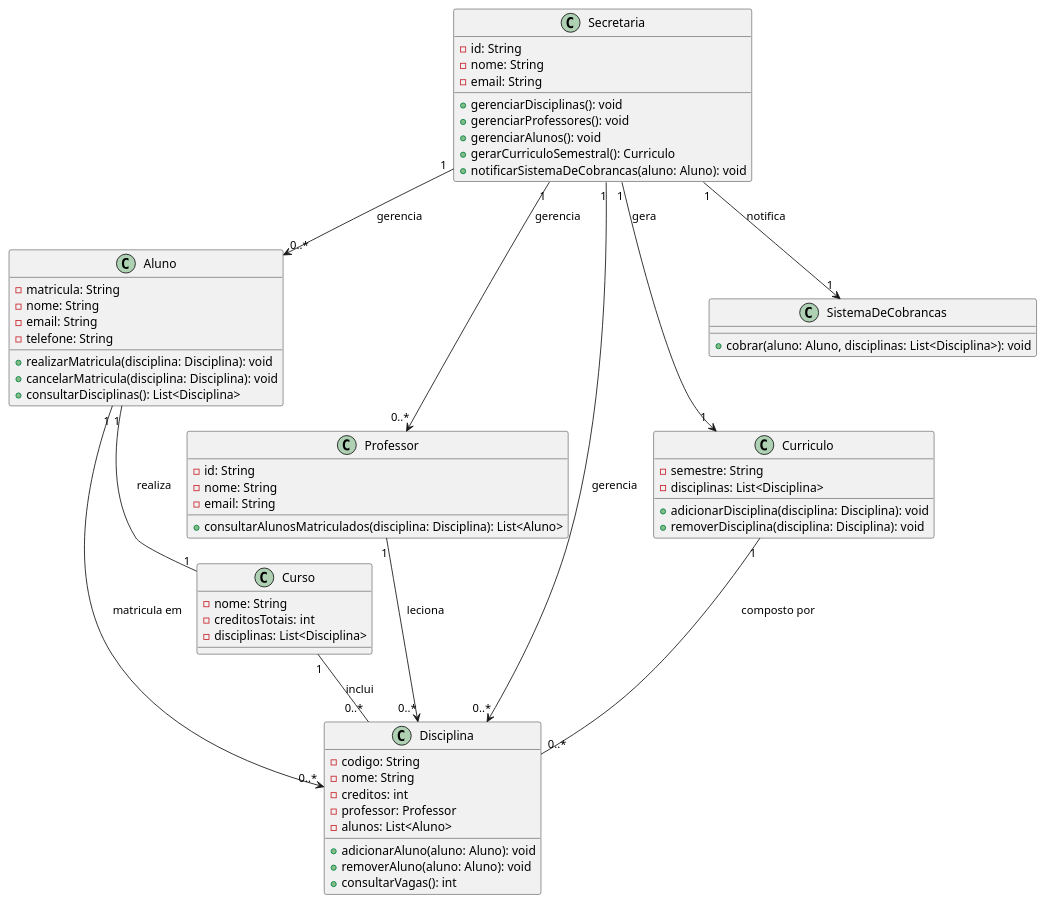
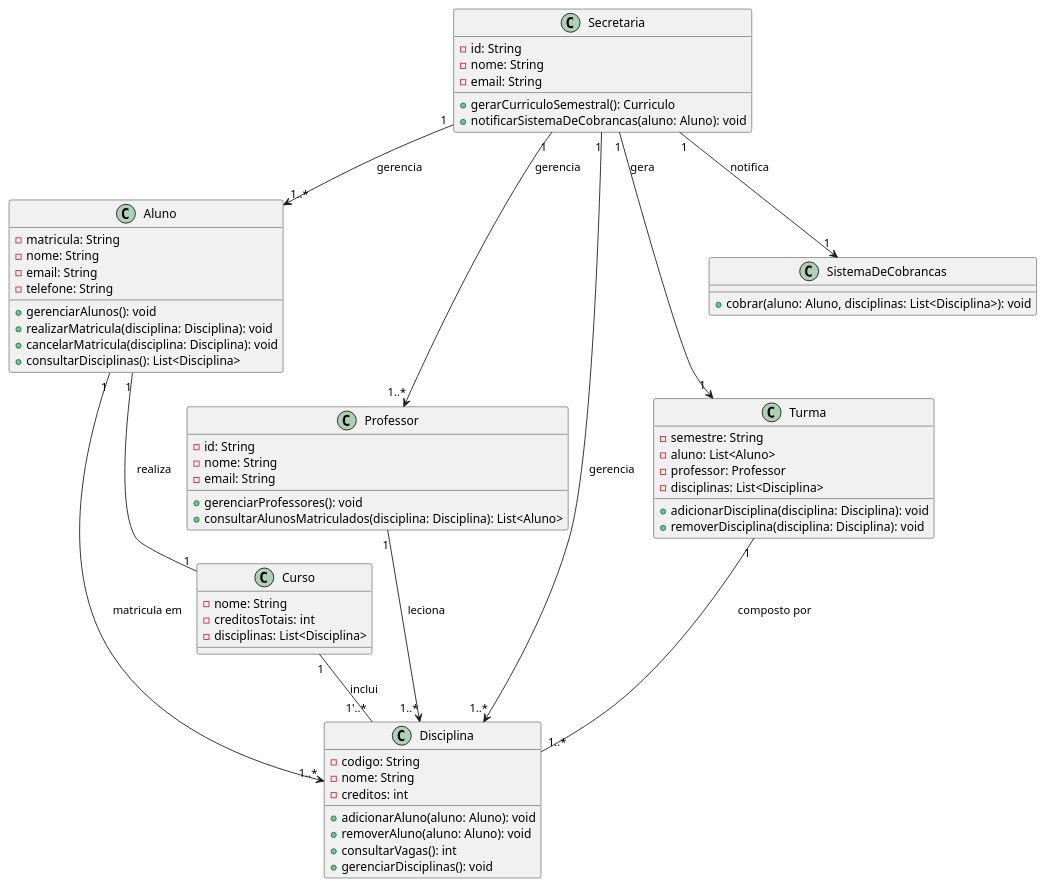
One commit to ChristianoRuvi/LaboratorioDS changed the diagram in project/code/Class DIagram.puml. Above: the diagram before and after it, drawn with PlantUML.

Commit message:
sprint 2 final

```diff
--- a/project/code/Class DIagram.puml
+++ b/project/code/Class DIagram.puml
@@ -1,92 +1,92 @@
 @startuml
 
 ' Classes principais
 class Aluno {
     - matricula: String
     - nome: String
     - email: String
     - telefone: String
+     + gerenciarAlunos(): void
     + realizarMatricula(disciplina: Disciplina): void
     + cancelarMatricula(disciplina: Disciplina): void
     + consultarDisciplinas(): List<Disciplina>
 }
 
 class Professor {
     - id: String
     - nome: String
     - email: String
+     + gerenciarProfessores(): void
     + consultarAlunosMatriculados(disciplina: Disciplina): List<Aluno>
 }
 
 class Secretaria {
     - id: String
     - nome: String
     - email: String
-    + gerenciarDisciplinas(): void
-    + gerenciarProfessores(): void
-    + gerenciarAlunos(): void
     + gerarCurriculoSemestral(): Curriculo
     + notificarSistemaDeCobrancas(aluno: Aluno): void
 }
 
 class Disciplina {
     - codigo: String
     - nome: String
     - creditos: int
-    - professor: Professor
-    - alunos: List<Aluno>
     + adicionarAluno(aluno: Aluno): void
     + removerAluno(aluno: Aluno): void
     + consultarVagas(): int
+    + gerenciarDisciplinas(): void
 }
 
 class Curso {
     - nome: String
     - creditosTotais: int
     - disciplinas: List<Disciplina>
 }
 
-class Curriculo {
+class Turma {
     - semestre: String
+    - aluno: List<Aluno>
+    - professor: Professor
     - disciplinas: List<Disciplina>
     + adicionarDisciplina(disciplina: Disciplina): void
     + removerDisciplina(disciplina: Disciplina): void
 }
 
 class SistemaDeCobrancas {
     + cobrar(aluno: Aluno, disciplinas: List<Disciplina>): void
 }
 
 ' Associações
 
 ' Relacionamento entre Aluno e Disciplina (Aluno se matricula em várias Disciplinas)
-Aluno "1" --> "0..*" Disciplina : "matricula em"
+Aluno "1" --> "1..*" Disciplina : "matricula em"
 
 ' Relacionamento entre Aluno e Curso (Aluno está associado a um Curso)
 Aluno "1" -- "1" Curso : "realiza"
 
 ' Relacionamento entre Professor e Disciplina (Professor leciona várias Disciplinas)
-Professor "1" --> "0..*" Disciplina : "leciona"
+Professor "1" --> "1..*" Disciplina : "leciona"
 
 ' Relacionamento entre Secretaria e Disciplina (Secretaria gerencia várias Disciplinas)
-Secretaria "1" --> "0..*" Disciplina : "gerencia"
+Secretaria "1" --> "1..*" Disciplina : "gerencia"
 
 ' Relacionamento entre Secretaria e Professor (Secretaria gerencia vários Professores)
-Secretaria "1" --> "0..*" Professor : "gerencia"
+Secretaria "1" --> "1..*" Professor : "gerencia"
 
 ' Relacionamento entre Secretaria e Aluno (Secretaria gerencia vários Alunos)
-Secretaria "1" --> "0..*" Aluno : "gerencia"
+Secretaria "1" --> "1..*" Aluno : "gerencia"
 
 ' Relacionamento entre Secretaria e Curriculo (Secretaria gera um Curriculo)
-Secretaria "1" --> "1" Curriculo : "gera"
+Secretaria "1" --> "1" Turma : "gera"
 
 ' Relacionamento entre Secretaria e Sistema de Cobranças (Secretaria notifica o Sistema de Cobranças)
 Secretaria "1" --> "1" SistemaDeCobrancas : "notifica"
 
 ' Relacionamento entre Curso e Disciplina (Curso inclui várias Disciplinas)
-Curso "1" -- "0..*" Disciplina : "inclui"
+Curso "1" -- "1'..*" Disciplina : "inclui"
 
 ' Relacionamento entre Curriculo e Disciplina (Curriculo é composto por várias Disciplinas)
-Curriculo "1" -- "0..*" Disciplina : "composto por"
+Turma "1" -- "1..*" Disciplina : "composto por"
 
 @enduml
```
